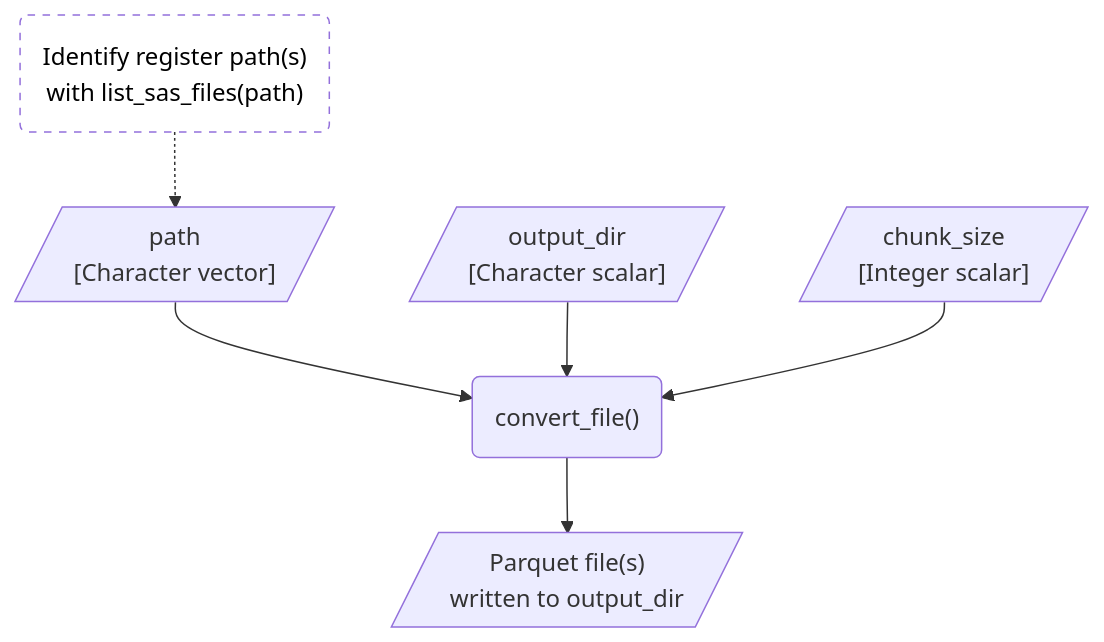
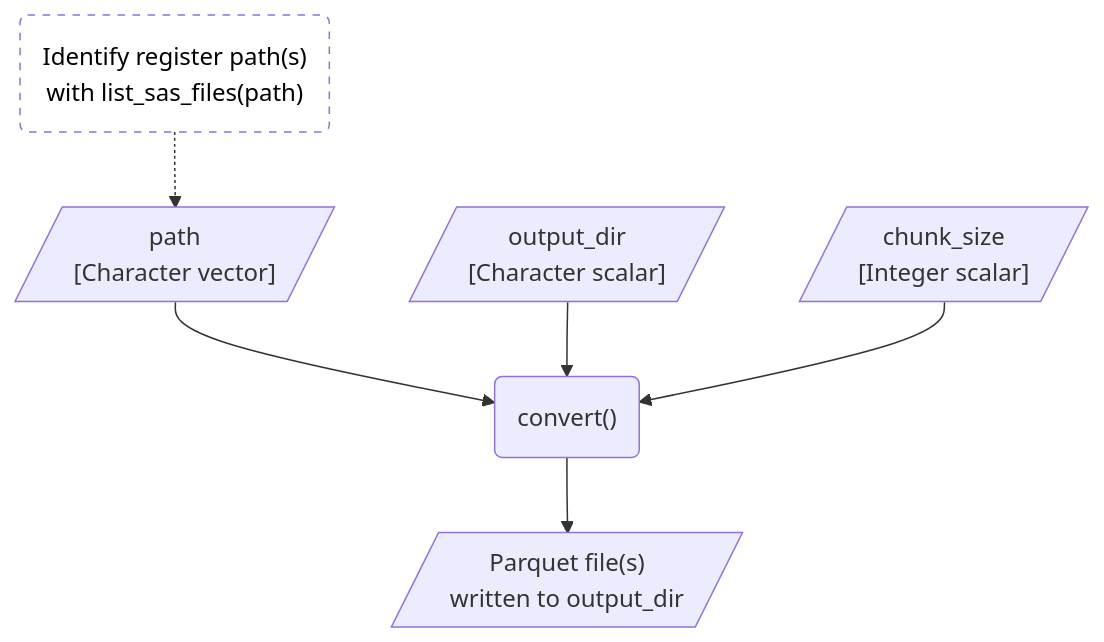
The first of 3 diagrams in articles/design.md (dp-next/registers2parquet), drawn with Mermaid before and after one commit. The commit also changed other lines of this file and 29 other files, not shown here.

````diff
--- a/articles/design.md
+++ b/articles/design.md
@@ -52,17 +52,17 @@
 ``` mermaid
 flowchart TD
     identify_paths("Identify register path(s)<br>with list_sas_files(path)")
     path[/"path<br>[Character vector]"/]
     output_dir[/"output_dir<br>[Character scalar]"/]
     chunk_size[/"chunk_size<br>[Integer scalar]"/]
-    convert_file("convert_file()")
+    convert("convert()")
     output[/"Parquet file(s)<br>written to output_dir"/]
 
     %% Edges
-    identify_paths -.-> path --> convert_file
-    output_dir & chunk_size --> convert_file
-    convert_file --> output
+    identify_paths -.-> path --> convert
+    output_dir & chunk_size --> convert
+    convert --> output
 
     %% Style
     style identify_paths fill:#FFFFFF, color:#000000, stroke-dasharray: 5 5
 ```
````
